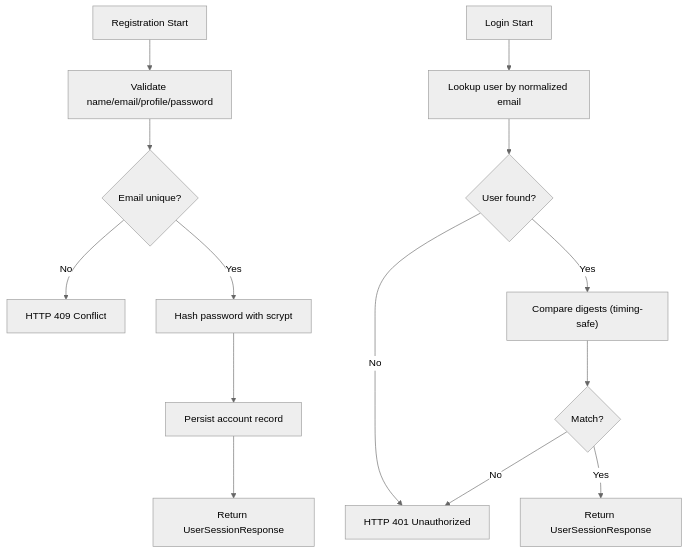
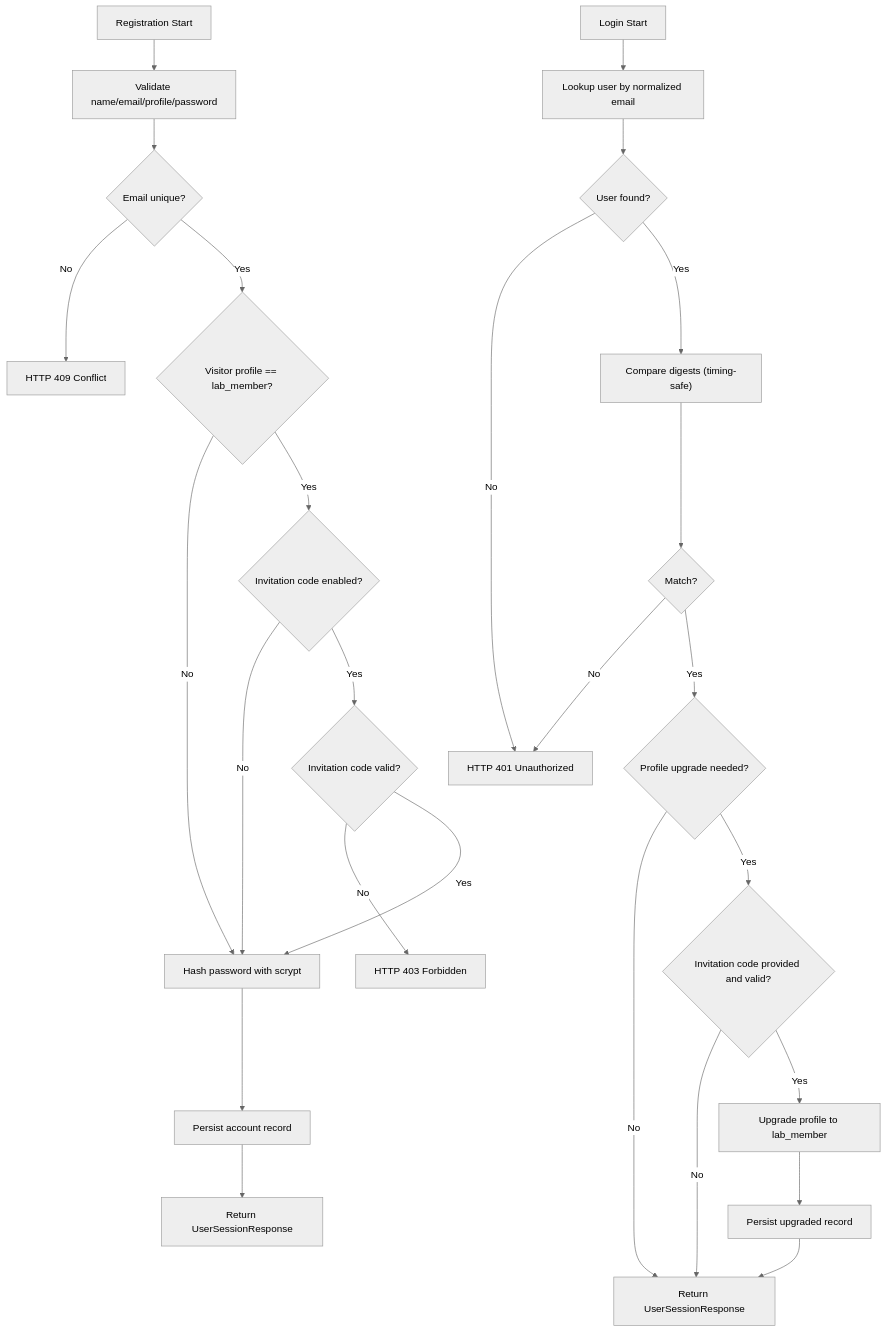
The eighth of 14 diagrams in .qoder/repowiki/en/content/Core Components/Authentication System.md (intellistream/sage-mate), drawn with Mermaid (neutral theme) before and after one commit. The commit also changed other lines of this file and 115 other files, not shown here.

````diff
--- a/.qoder/repowiki/en/content/Core Components/Authentication System.md
+++ b/.qoder/repowiki/en/content/Core Components/Authentication System.md
@@ -285,16 +351,28 @@
 ```mermaid
 flowchart TD
 RegStart["Registration Start"] --> Validate["Validate name/email/profile/password"]
 Validate --> Unique{"Email unique?"}
 Unique --> |No| Conflict["HTTP 409 Conflict"]
-Unique --> |Yes| Hash["Hash password with scrypt"]
+Unique --> |Yes| ProfileCheck{"Visitor profile == lab_member?"}
+ProfileCheck --> |No| Hash["Hash password with scrypt"]
+ProfileCheck --> |Yes| InvEnabled{"Invitation code enabled?"}
+InvEnabled --> |No| Hash
+InvEnabled --> |Yes| InvValid{"Invitation code valid?"}
+InvValid --> |No| Forbidden["HTTP 403 Forbidden"]
+InvValid --> |Yes| Hash
 Hash --> Persist["Persist account record"]
 Persist --> DoneReg["Return UserSessionResponse"]
 LoginStart["Login Start"] --> Find["Lookup user by normalized email"]
 Find --> Found{"User found?"}
 Found --> |No| Unauthorized["HTTP 401 Unauthorized"]
 Found --> |Yes| Compare["Compare digests (timing-safe)"]
 Compare --> Match{"Match?"}
 Match --> |No| Unauthorized
-Match --> |Yes| DoneLogin["Return UserSessionResponse"]
+Match --> |Yes| UpgradeCheck{"Profile upgrade needed?"}
+UpgradeCheck --> |No| DoneLogin["Return UserSessionResponse"]
+UpgradeCheck --> |Yes| InvCheck{"Invitation code provided and valid?"}
+InvCheck --> |No| DoneLogin
+InvCheck --> |Yes| Upgrade["Upgrade profile to lab_member"]
+Upgrade --> PersistUpgrade["Persist upgraded record"]
+PersistUpgrade --> DoneLogin
 ```
````
